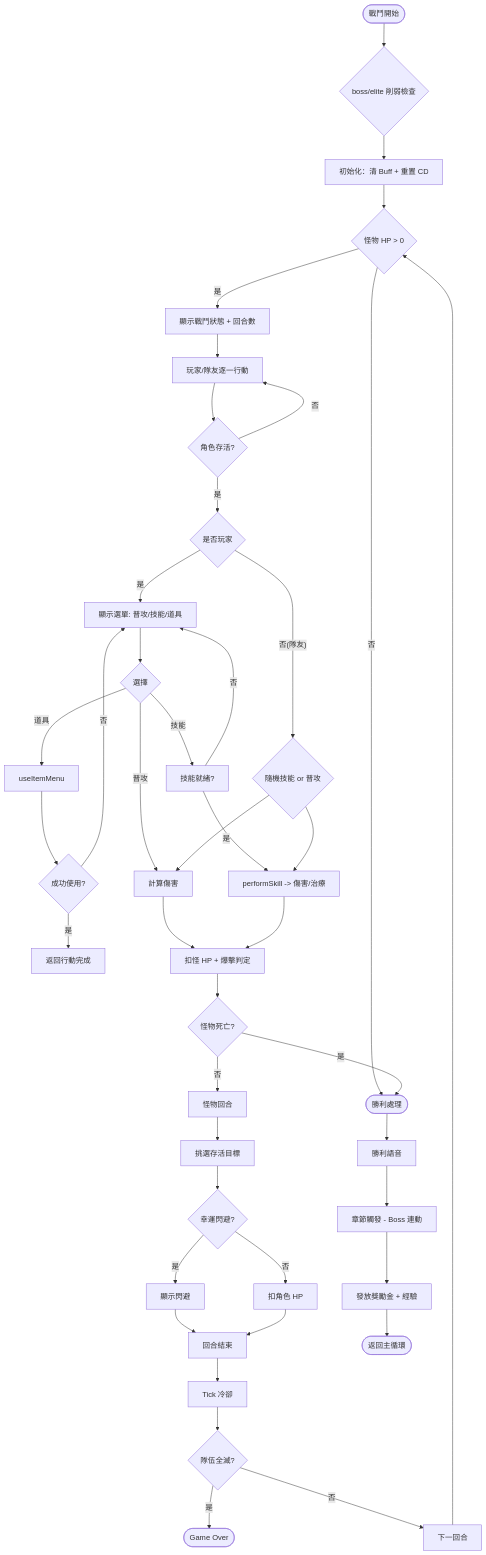
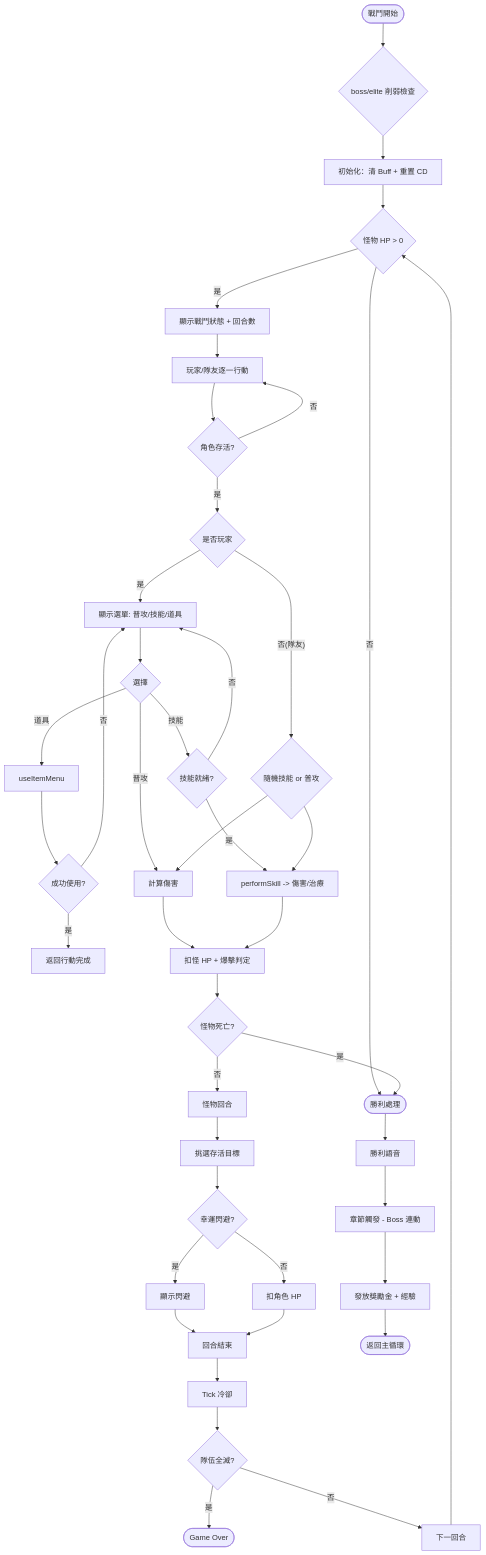
One commit to t114310203-jpg/rpg_game changed the third of 6 diagrams in flowchart.md. Above: the diagram before and after it, drawn with Mermaid. The commit also changed other lines of this file, not shown here.

````diff
--- a/flowchart.md
+++ b/flowchart.md
@@ -103,47 +103,47 @@
 ```mermaid
 %% 詳細：battle 戰鬥流程
 flowchart TD
     A([戰鬥開始]) --> B{boss/elite 削弱檢查}
     B --> C[初始化：清 Buff + 重置 CD]
     C --> D{怪物 HP > 0}
     D -- 否 --> Z1([勝利處理])
     D -- 是 --> E[顯示戰鬥狀態 + 回合數]
     E --> F[玩家/隊友逐一行動]
     F --> G{角色存活?}
     G -- 否 --> F
     G -- 是 --> H{是否玩家}
     H -- 是 --> I[顯示選單: 普攻/技能/道具]
     I --> J{選擇}
     J -- 普攻 --> K[計算傷害]
-    J -- 技能 --> L[技能就緒?]
+    J -- 技能 --> L{技能就緒?}
     L -- 否 --> I
     L -- 是 --> M[performSkill -> 傷害/治療]
     J -- 道具 --> N[useItemMenu]
     N --> O{成功使用?}
     O -- 否 --> I
     O -- 是 --> P[返回行動完成]
     H -- 否(隊友) --> Q{隨機技能 or 普攻}
     Q --> K
     Q --> M
     K --> R[扣怪 HP + 爆擊判定]
     M --> R
     R --> S{怪物死亡?}
     S -- 是 --> Z1
     S -- 否 --> T[怪物回合]
     T --> U[挑選存活目標]
     U --> V{幸運閃避?}
     V -- 是 --> W[顯示閃避]
     V -- 否 --> X[扣角色 HP]
     W --> Y[回合結束]
     X --> Y
     Y --> Z[Tick 冷卻]
     Z --> AA{隊伍全滅?}
     AA -- 是 --> AB([Game Over])
     AA -- 否 --> AC[下一回合]
     AC --> D
 
     Z1 --> Z1a[勝利語音]
     Z1a --> Z1b[章節觸發 - Boss 連動]
     Z1b --> Z1c[發放獎勵金 + 經驗]
     Z1c --> Z1d([返回主循環])
 ```
````
